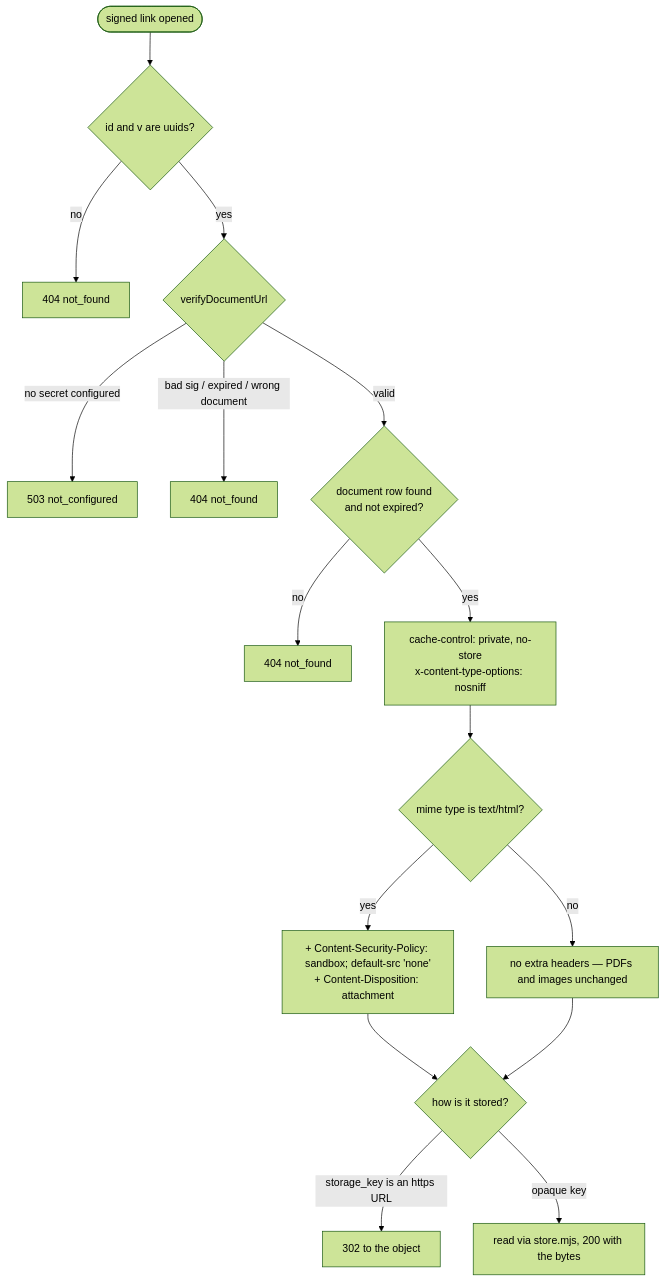
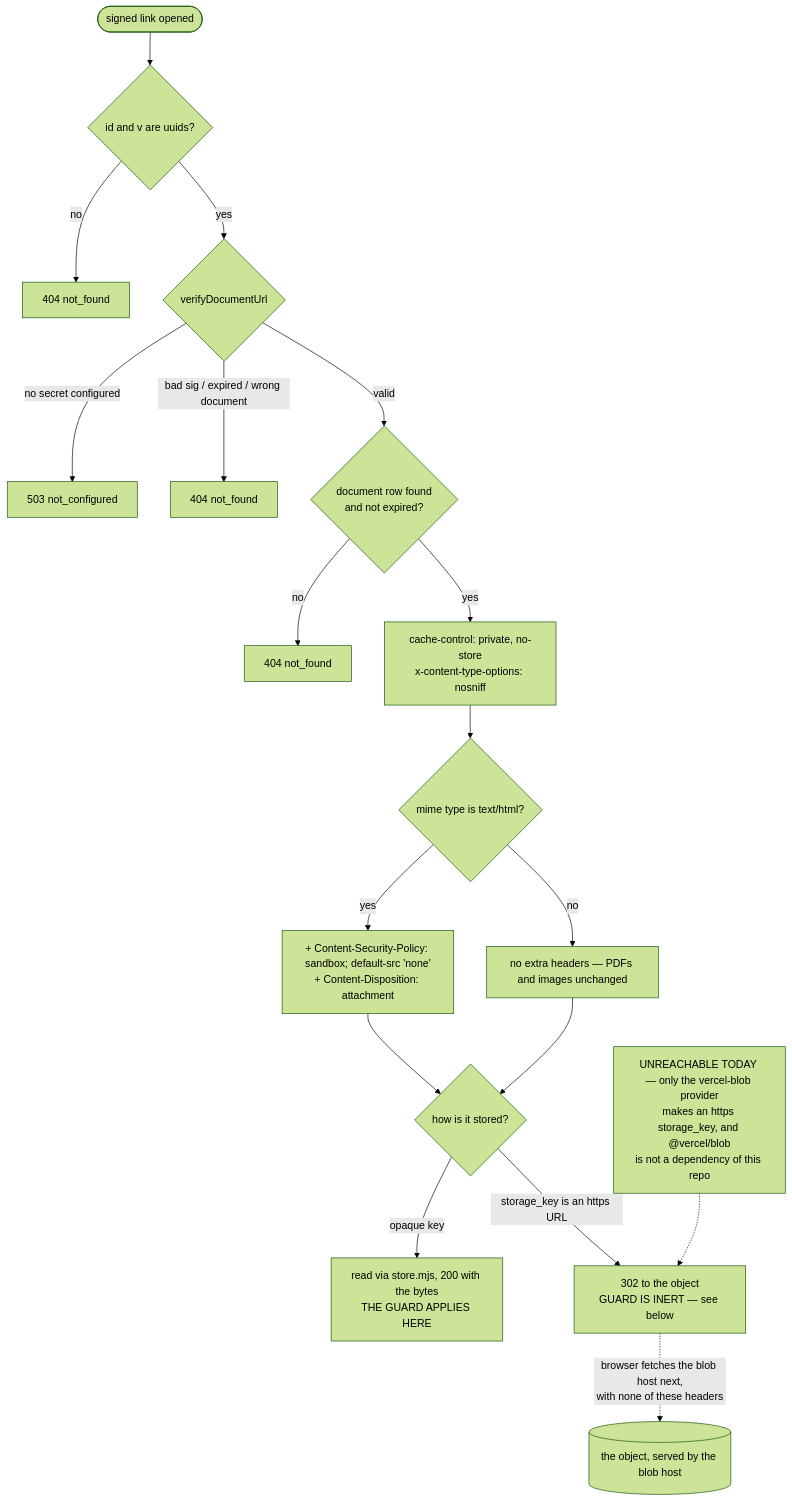
The second of 2 diagrams in docs/journeys/deliverables-actual.md (ZootimusMaximusSupreme/Fundhub_ai), drawn with Mermaid (forest theme) before and after one commit. The commit also changed other lines of this file and 5 other files, not shown here.

````diff
--- a/docs/journeys/deliverables-actual.md
+++ b/docs/journeys/deliverables-actual.md
@@ -102,20 +149,23 @@
 ```mermaid
 flowchart TD
     OPEN([signed link opened]) --> SHAPE{id and v are uuids?}
     SHAPE -->|no| G1[404 not_found]
     SHAPE -->|yes| SIG{verifyDocumentUrl}
     SIG -->|no secret configured| C503[503 not_configured]
     SIG -->|bad sig / expired / wrong document| G2[404 not_found]
     SIG -->|valid| ROW{document row found<br/>and not expired?}
     ROW -->|no| G3[404 not_found]
     ROW -->|yes| HDR[cache-control: private, no-store<br/>x-content-type-options: nosniff]
 
     HDR --> HTML{mime type is text/html?}
     HTML -->|yes| GUARD[+ Content-Security-Policy: sandbox; default-src 'none'<br/>+ Content-Disposition: attachment]
     HTML -->|no| PLAIN[no extra headers — PDFs and images unchanged]
 
     GUARD --> SHAPE2{how is it stored?}
     PLAIN --> SHAPE2
-    SHAPE2 -->|storage_key is an https URL| R302[302 to the object]
-    SHAPE2 -->|opaque key| BYTES[read via store.mjs, 200 with the bytes]
+    SHAPE2 -->|opaque key| BYTES[read via store.mjs, 200 with the bytes<br/>THE GUARD APPLIES HERE]
+    SHAPE2 -->|storage_key is an https URL| R302[302 to the object<br/>GUARD IS INERT — see below]
+    R302 -.->|browser fetches the blob host next,<br/>with none of these headers| OBJ[(the object, served by the blob host)]
+
+    UNREACHABLE[UNREACHABLE TODAY — only the vercel-blob provider<br/>makes an https storage_key, and @vercel/blob<br/>is not a dependency of this repo] -.-> R302
 ```
````
